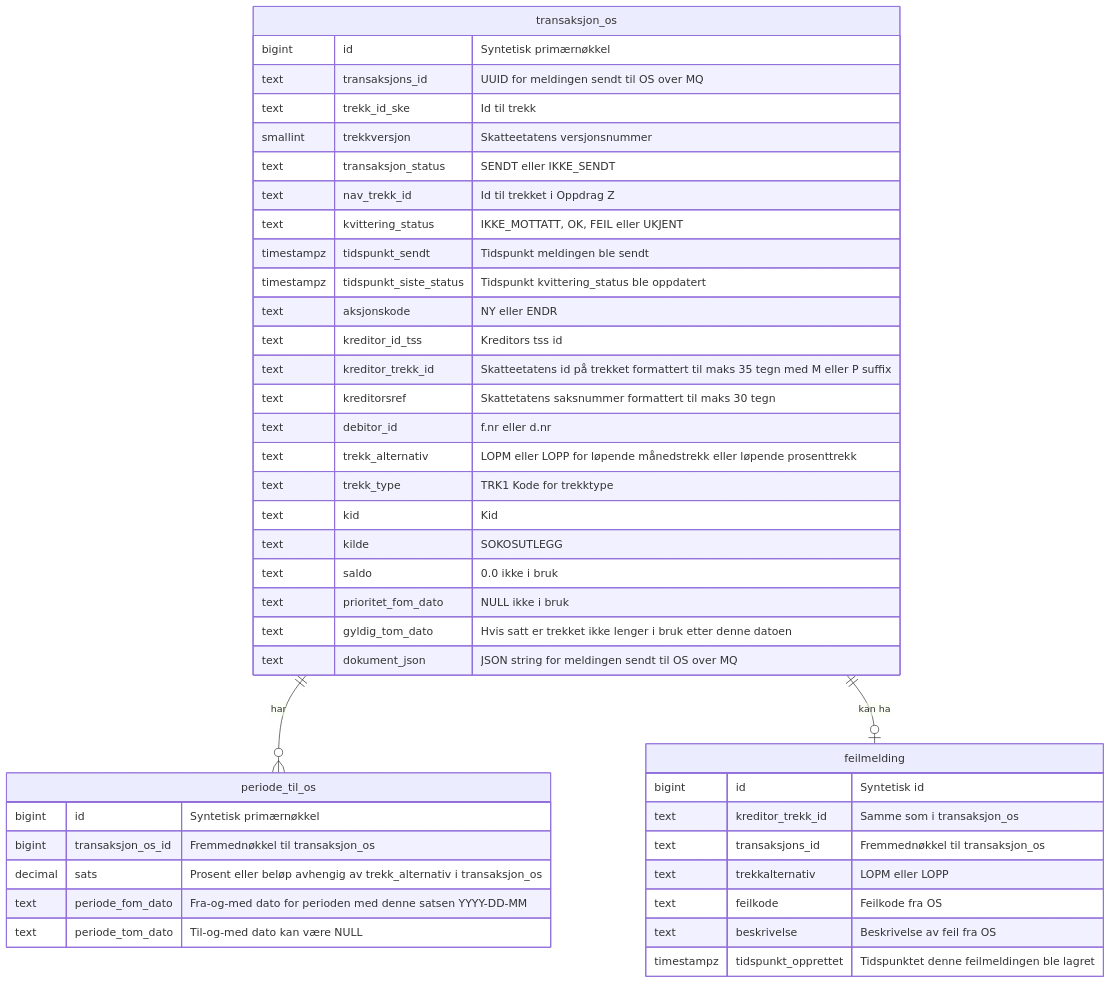
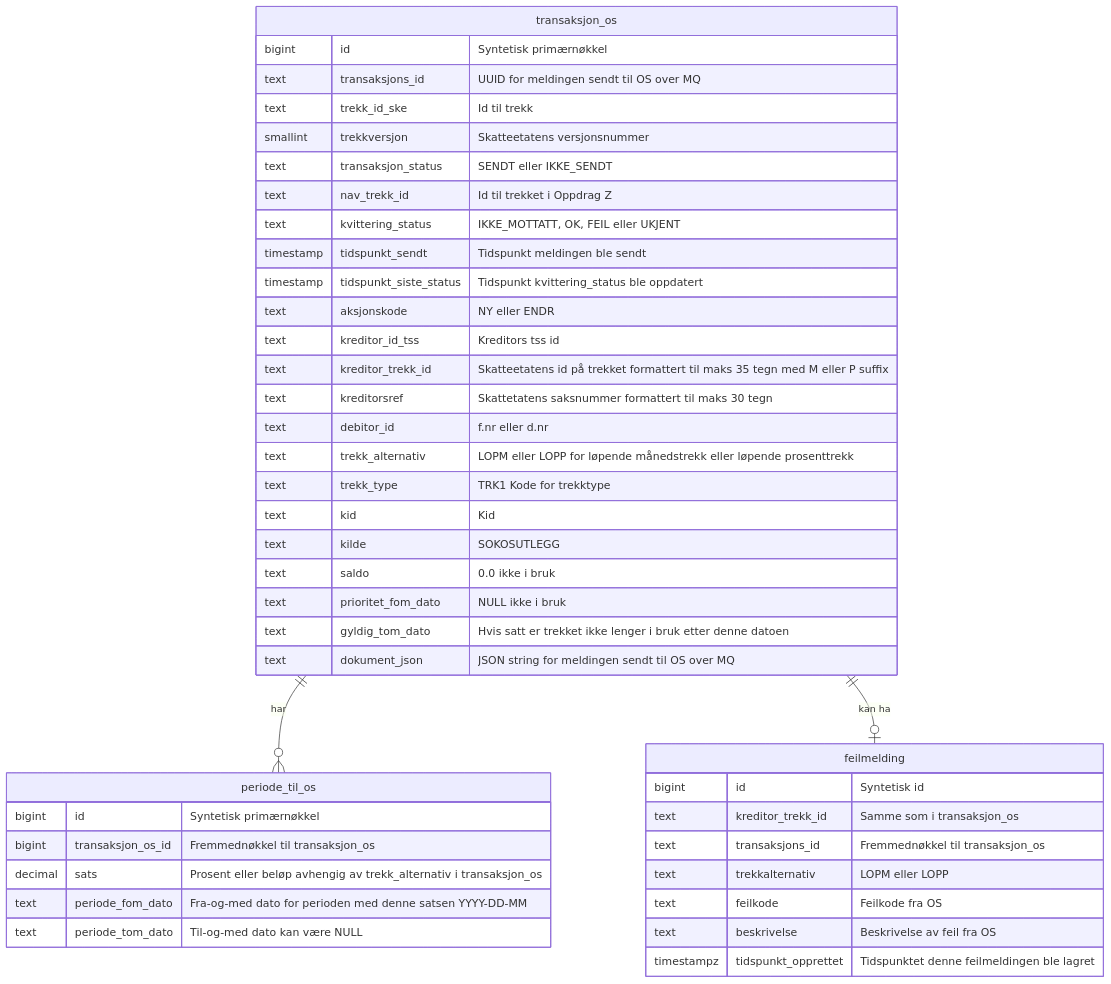
Before and after one commit to navikt/sokos-utleggstrekk: the diagram in dokumentasjon/datamodell/transaksjon_os.md, drawn with Mermaid. The commit also changed 2 other files, not shown here.

Commit message:
Tob-6989 byttet timestampz til timestamp

````diff
--- a/dokumentasjon/datamodell/transaksjon_os.md
+++ b/dokumentasjon/datamodell/transaksjon_os.md
@@ -8,48 +8,48 @@
 ```mermaid
 ---
 transaksjon_os
 ---
 erDiagram
     transaksjon_os ||--o{ periode_til_os: har
     transaksjon_os ||--o| feilmelding: "kan ha"
     transaksjon_os {
         bigint id "Syntetisk primærnøkkel"
         text transaksjons_id "UUID for meldingen sendt til OS over MQ"
         text trekk_id_ske "Id til trekk"
         smallint trekkversjon "Skatteetatens versjonsnummer"
         text transaksjon_status "SENDT eller IKKE_SENDT"
         text nav_trekk_id "Id til trekket i Oppdrag Z"
         text kvittering_status "IKKE_MOTTATT, OK, FEIL eller UKJENT"
-        timestampz tidspunkt_sendt "Tidspunkt meldingen ble sendt"
-        timestampz tidspunkt_siste_status "Tidspunkt kvittering_status ble oppdatert"
+        timestamp tidspunkt_sendt "Tidspunkt meldingen ble sendt"
+        timestamp tidspunkt_siste_status "Tidspunkt kvittering_status ble oppdatert"
         text aksjonskode "NY eller ENDR"
         text kreditor_id_tss "Kreditors tss id"
         text kreditor_trekk_id "Skatteetatens id på trekket formattert til maks 35 tegn med M eller P suffix"
         text kreditorsref "Skattetatens saksnummer formattert til maks 30 tegn"
         text debitor_id "f.nr eller d.nr"
         text trekk_alternativ "LOPM eller LOPP for løpende månedstrekk eller løpende prosenttrekk"
         text trekk_type "TRK1 Kode for trekktype"
         text kid "Kid"
         text kilde "SOKOSUTLEGG"
         text saldo "0.0 ikke i bruk"
         text prioritet_fom_dato "NULL ikke i bruk"
         text gyldig_tom_dato "Hvis satt er trekket ikke lenger i bruk etter denne datoen"
         text dokument_json "JSON string for meldingen sendt til OS over MQ" 
     }
     periode_til_os {
         bigint id "Syntetisk primærnøkkel"
         bigint transaksjon_os_id "Fremmednøkkel til transaksjon_os"
         decimal sats "Prosent eller beløp avhengig av trekk_alternativ i transaksjon_os"
         text periode_fom_dato "Fra-og-med dato for perioden med denne satsen YYYY-DD-MM"
         text periode_tom_dato "Til-og-med dato kan være NULL "
     }
     feilmelding {
         bigint id "Syntetisk id"
         text kreditor_trekk_id "Samme som i transaksjon_os"
         text transaksjons_id "Fremmednøkkel til transaksjon_os"
         text trekkalternativ "LOPM eller LOPP"
         text feilkode "Feilkode fra OS"
         text beskrivelse "Beskrivelse av feil fra OS"
         timestampz tidspunkt_opprettet "Tidspunktet denne feilmeldingen ble lagret"
     }
 ```
````
